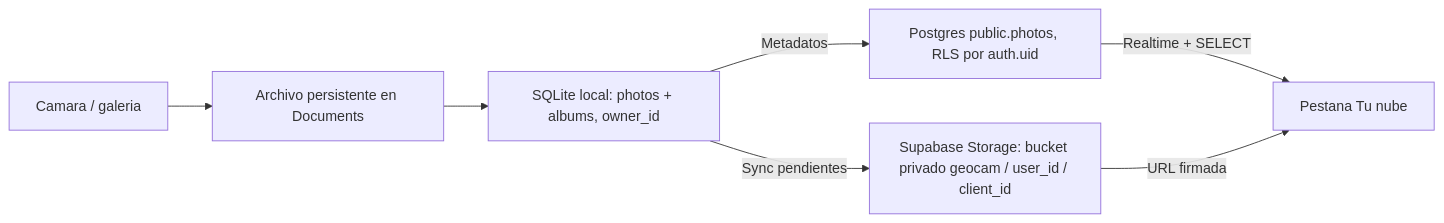
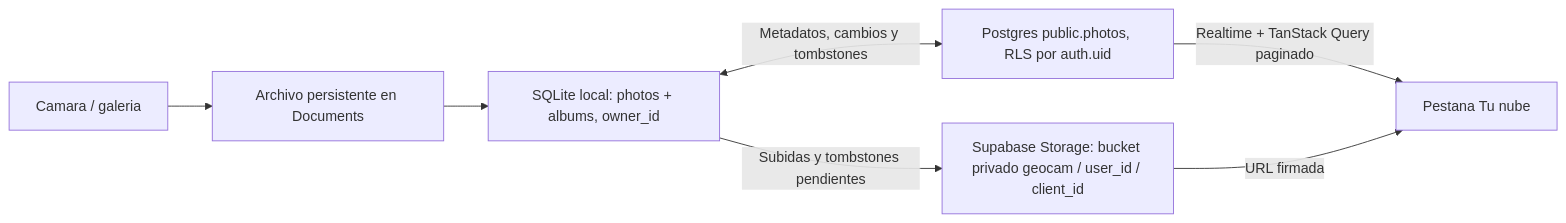
One commit to LuisCardona29/Actividades-DM changed the first of 2 diagrams in README.md. Above: the diagram before and after it, drawn with Mermaid. The commit also changed other lines of this file and 22 other files, not shown here.

````diff
--- a/README.md
+++ b/README.md
@@ -63,9 +63,9 @@
 ```mermaid
 flowchart LR
   A[Camara / galeria] --> B[Archivo persistente en Documents]
   B --> C[SQLite local: photos + albums, owner_id]
-  C -->|Sync pendientes| D[Supabase Storage: bucket privado geocam / user_id / client_id]
-  C -->|Metadatos| E[Postgres public.photos, RLS por auth.uid]
-  E -->|Realtime + SELECT| F[Pestana Tu nube]
+  C -->|Subidas y tombstones pendientes| D[Supabase Storage: bucket privado geocam / user_id / client_id]
+  C <-->|Metadatos, cambios y tombstones| E[Postgres public.photos, RLS por auth.uid]
+  E -->|Realtime + TanStack Query paginado| F[Pestana Tu nube]
   D -->|URL firmada| F
 ```
````
